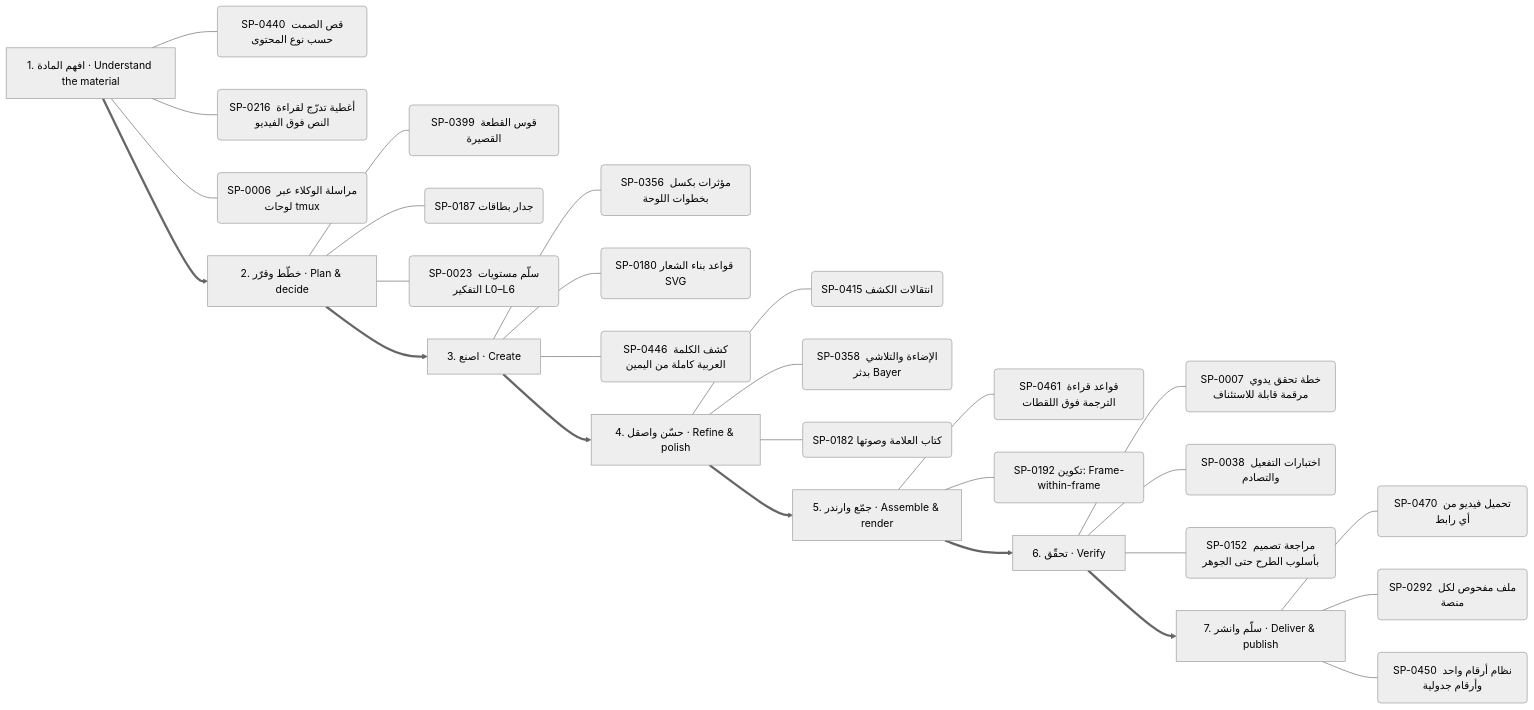
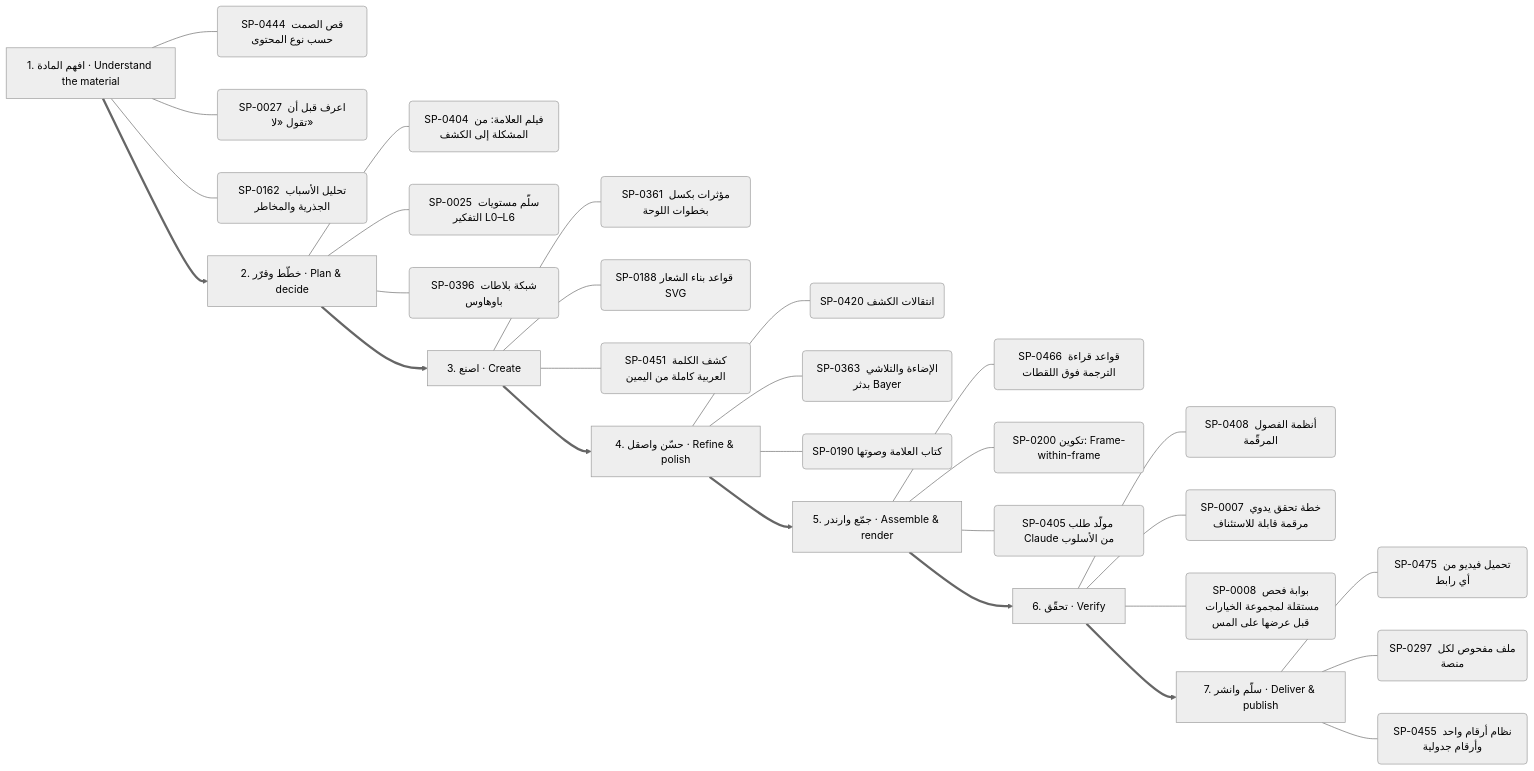
Before and after one commit to kosif199022-jpg/kosif-tool: the sixth of 13 diagrams in .claude/skills/kosif-superpowers/references/capability-mindmap.md, drawn with Mermaid (neutral theme). The commit also changed other lines of this file and 1314 other files, not shown here.

````diff
--- a/.claude/skills/kosif-superpowers/references/capability-mindmap.md
+++ b/.claude/skills/kosif-superpowers/references/capability-mindmap.md
@@ -316,36 +318,37 @@
 ```mermaid
 flowchart LR
   S0["1. افهم المادة · Understand the material"]
-  S0 --- S0_0("SP-0440 قص الصمت حسب نوع المحتوى")
-  S0 --- S0_1("SP-0216 أغطية تدرّج لقراءة النص فوق الفيديو")
-  S0 --- S0_2("SP-0006 مراسلة الوكلاء عبر لوحات tmux")
+  S0 --- S0_0("SP-0444 قص الصمت حسب نوع المحتوى")
+  S0 --- S0_1("SP-0027 اعرف قبل أن تقول «لا»")
+  S0 --- S0_2("SP-0162 تحليل الأسباب الجذرية والمخاطر")
   S1["2. خطّط وقرّر · Plan & decide"]
-  S1 --- S1_0("SP-0399 قوس القطعة القصيرة")
-  S1 --- S1_1("SP-0187 جدار بطاقات")
-  S1 --- S1_2("SP-0023 سلّم مستويات التفكير L0–L6")
+  S1 --- S1_0("SP-0404 فيلم العلامة: من المشكلة إلى الكشف")
+  S1 --- S1_1("SP-0025 سلّم مستويات التفكير L0–L6")
+  S1 --- S1_2("SP-0396 شبكة بلاطات باوهاوس")
   S0 ==> S1
   S2["3. اصنع · Create"]
-  S2 --- S2_0("SP-0356 مؤثرات بكسل بخطوات اللوحة")
-  S2 --- S2_1("SP-0180 قواعد بناء الشعار SVG")
-  S2 --- S2_2("SP-0446 كشف الكلمة العربية كاملة من اليمين")
+  S2 --- S2_0("SP-0361 مؤثرات بكسل بخطوات اللوحة")
+  S2 --- S2_1("SP-0188 قواعد بناء الشعار SVG")
+  S2 --- S2_2("SP-0451 كشف الكلمة العربية كاملة من اليمين")
   S1 ==> S2
   S3["4. حسّن واصقل · Refine & polish"]
-  S3 --- S3_0("SP-0415 انتقالات الكشف")
-  S3 --- S3_1("SP-0358 الإضاءة والتلاشي بدثر Bayer")
-  S3 --- S3_2("SP-0182 كتاب العلامة وصوتها")
+  S3 --- S3_0("SP-0420 انتقالات الكشف")
+  S3 --- S3_1("SP-0363 الإضاءة والتلاشي بدثر Bayer")
+  S3 --- S3_2("SP-0190 كتاب العلامة وصوتها")
   S2 ==> S3
   S4["5. جمّع وارندر · Assemble & render"]
-  S4 --- S4_0("SP-0461 قواعد قراءة الترجمة فوق اللقطات")
-  S4 --- S4_1("SP-0192 تكوين: Frame-within-frame")
+  S4 --- S4_0("SP-0466 قواعد قراءة الترجمة فوق اللقطات")
+  S4 --- S4_1("SP-0200 تكوين: Frame-within-frame")
+  S4 --- S4_2("SP-0405 مولّد طلب Claude من الأسلوب")
   S3 ==> S4
   S5["6. تحقّق · Verify"]
-  S5 --- S5_0("SP-0007 خطة تحقق يدوي مرقمة قابلة للاستئناف")
-  S5 --- S5_1("SP-0038 اختبارات التفعيل والتصادم")
-  S5 --- S5_2("SP-0152 مراجعة تصميم بأسلوب الطرح حتى الجوهر")
+  S5 --- S5_0("SP-0408 أنظمة الفصول المرقّمة")
+  S5 --- S5_1("SP-0007 خطة تحقق يدوي مرقمة قابلة للاستئناف")
+  S5 --- S5_2("SP-0008 بوابة فحص مستقلة لمجموعة الخيارات قبل عرضها على المس")
   S4 ==> S5
   S6["7. سلّم وانشر · Deliver & publish"]
-  S6 --- S6_0("SP-0470 تحميل فيديو من أي رابط")
-  S6 --- S6_1("SP-0292 ملف مفحوص لكل منصة")
-  S6 --- S6_2("SP-0450 نظام أرقام واحد وأرقام جدولية")
+  S6 --- S6_0("SP-0475 تحميل فيديو من أي رابط")
+  S6 --- S6_1("SP-0297 ملف مفحوص لكل منصة")
+  S6 --- S6_2("SP-0455 نظام أرقام واحد وأرقام جدولية")
   S5 ==> S6
 ```
````
